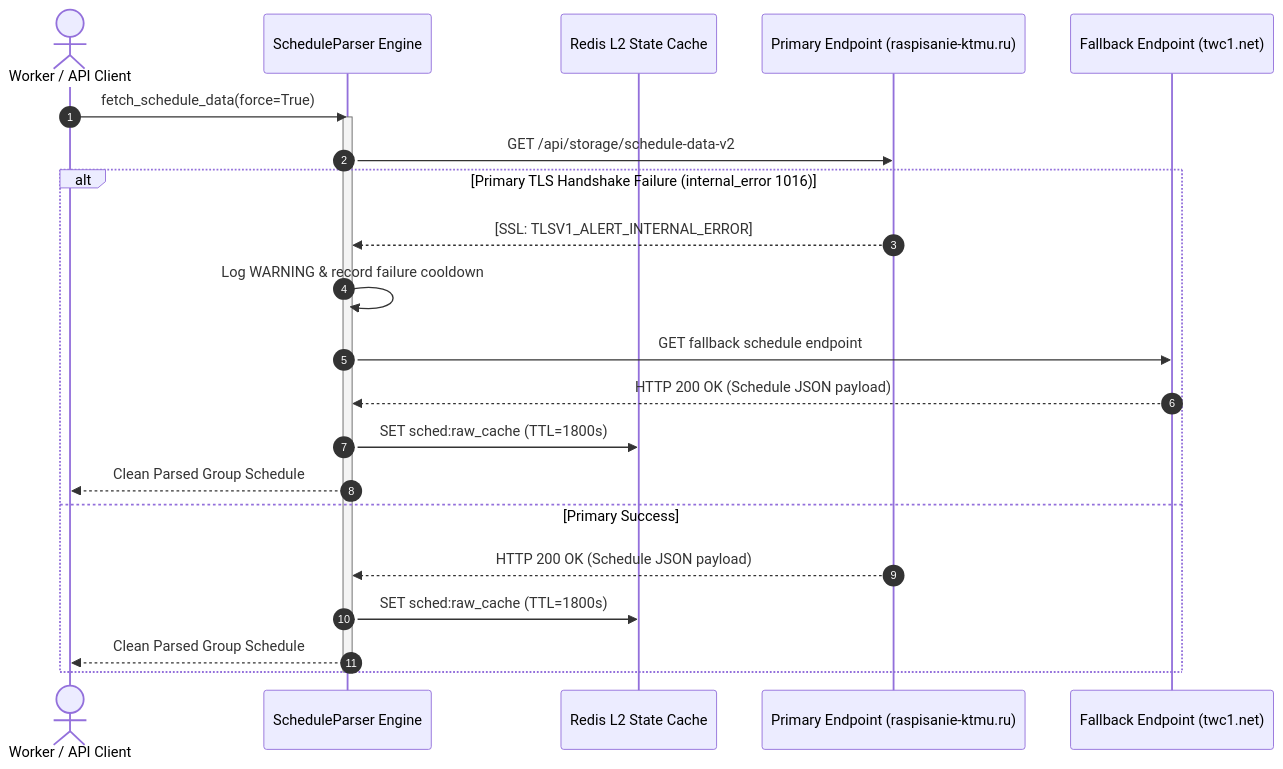
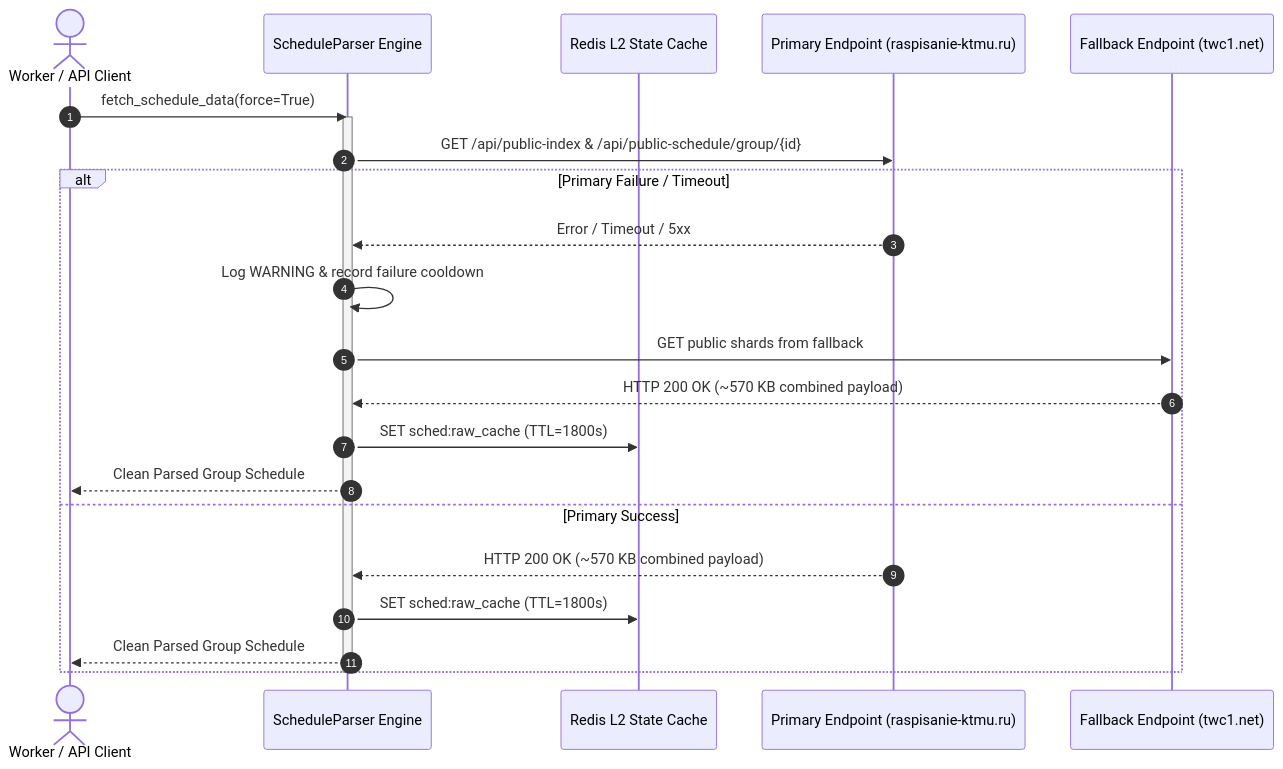
Before and after one commit to Utkautka1/para: diagram 38 of 55 in docs/UML.md, drawn with Mermaid. The commit also changed other lines of this file and 2 other files, not shown here.

Commit message:
feat(schedule): switch to public shard API and optimize network footprint
- Replace 57.5 MB monolithic storage polling with /api/public-index and /api/public-schedule/group/{id} public shards (~570 KB combined)
- Keep backward compatibility for raw storage payloads and fallback upstream failover
- Add unit tests for bundle extraction, response combination, and HTTP 304 handling
- Update UML sequence diagram in docs/UML.md

````diff
--- a/docs/UML.md
+++ b/docs/UML.md
@@ -2676,26 +2676,26 @@
 ```mermaid
 sequenceDiagram
     autonumber
     actor Caller as Worker / API Client
     participant Engine as ScheduleParser Engine
     participant Redis as Redis L2 State Cache
     participant Primary as Primary Endpoint (raspisanie-ktmu.ru)
     participant Fallback as Fallback Endpoint (twc1.net)
 
     Caller->>Engine: fetch_schedule_data(force=True)
     activate Engine
-    Engine->>Primary: GET /api/storage/schedule-data-v2
-    alt Primary TLS Handshake Failure (internal_error 1016)
-        Primary-->>Engine: [SSL: TLSV1_ALERT_INTERNAL_ERROR]
+    Engine->>Primary: GET /api/public-index & /api/public-schedule/group/{id}
+    alt Primary Failure / Timeout
+        Primary-->>Engine: Error / Timeout / 5xx
         Engine->>Engine: Log WARNING & record failure cooldown
-        Engine->>Fallback: GET fallback schedule endpoint
-        Fallback-->>Engine: HTTP 200 OK (Schedule JSON payload)
+        Engine->>Fallback: GET public shards from fallback
+        Fallback-->>Engine: HTTP 200 OK (~570 KB combined payload)
         Engine->>Redis: SET sched:raw_cache (TTL=1800s)
         Engine-->>Caller: Clean Parsed Group Schedule
     else Primary Success
-        Primary-->>Engine: HTTP 200 OK (Schedule JSON payload)
+        Primary-->>Engine: HTTP 200 OK (~570 KB combined payload)
         Engine->>Redis: SET sched:raw_cache (TTL=1800s)
         Engine-->>Caller: Clean Parsed Group Schedule
     end
     deactivate Engine
 ```
````
